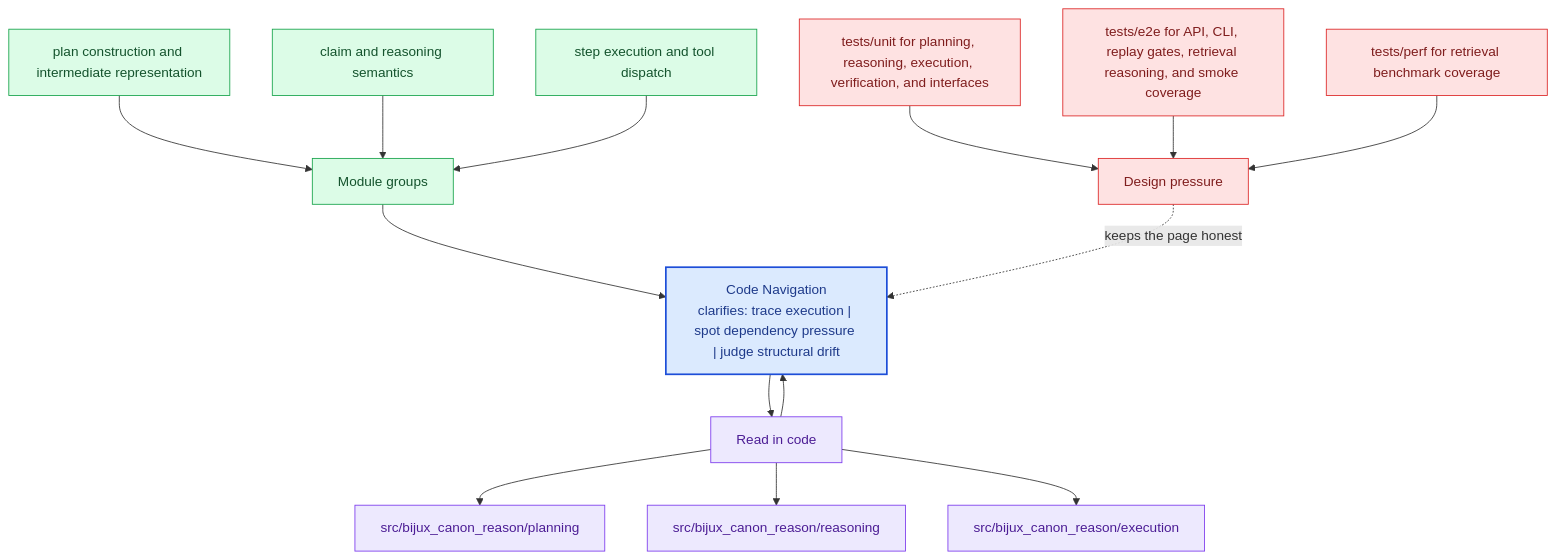
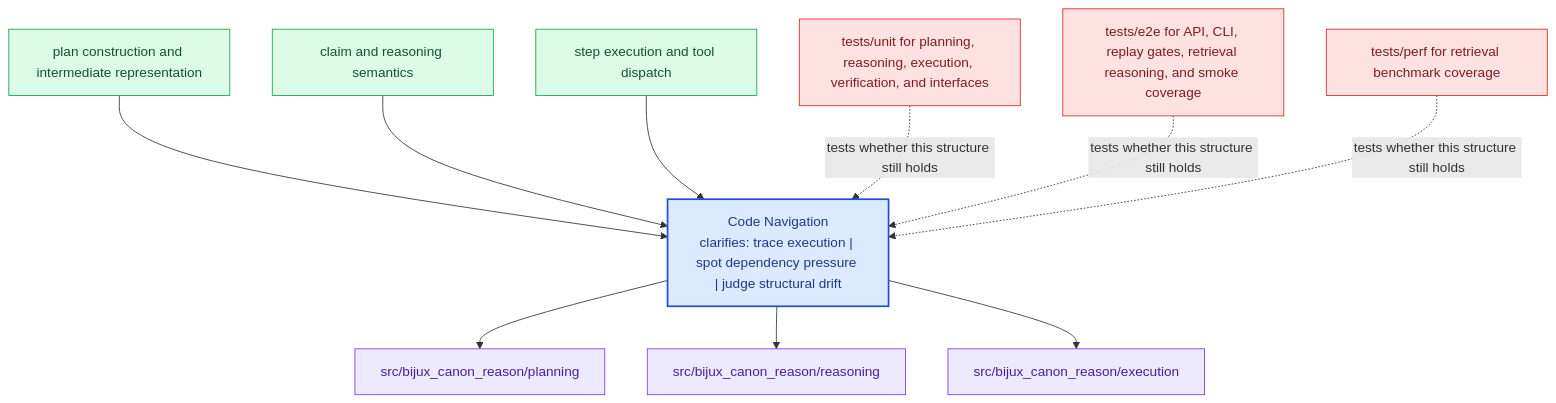
One commit to bijux/bijux-canon changed the diagram in docs/bijux-canon-reason/architecture/code-navigation.md. Above: the diagram before and after it, drawn with Mermaid. The commit also changed other lines of this file and 281 other files, not shown here.

Commit message:
docs(diagrams): replace repeated mermaid scaffolds with page-specific summaries

````diff
--- a/docs/bijux-canon-reason/architecture/code-navigation.md
+++ b/docs/bijux-canon-reason/architecture/code-navigation.md
@@ -66,40 +21,31 @@
 ```mermaid
 flowchart TB
-    promise["Code Navigation<br/>clarifies: trace execution | spot dependency pressure | judge structural drift"]
-    classDef promise fill:#dbeafe,stroke:#1d4ed8,color:#1e3a8a,stroke-width:2px;
-    classDef driver fill:#dcfce7,stroke:#16a34a,color:#14532d;
-    classDef constraint fill:#fee2e2,stroke:#dc2626,color:#7f1d1d;
-    classDef ground fill:#ede9fe,stroke:#7c3aed,color:#4c1d95;
-    focus1["Module groups"]
-    focus1 --> promise
-    focus1_1["plan construction and intermediate representation"]
-    focus1_1 --> focus1
-    focus1_2["claim and reasoning semantics"]
-    focus1_2 --> focus1
-    focus1_3["step execution and tool dispatch"]
-    focus1_3 --> focus1
-    class focus1 driver;
-    class focus1_1,focus1_2,focus1_3 driver;
-    focus2["Read in code"]
-    focus2 --> promise
-    promise --> focus2
-    focus2_1["src/bijux_canon_reason/planning"]
-    focus2 --> focus2_1
-    focus2_2["src/bijux_canon_reason/reasoning"]
-    focus2 --> focus2_2
-    focus2_3["src/bijux_canon_reason/execution"]
-    focus2 --> focus2_3
-    class focus2 ground;
-    class focus2_1,focus2_2,focus2_3 ground;
-    focus3["Design pressure"]
-    focus3 -.keeps the page honest.-> promise
-    focus3_1["tests/unit for planning, reasoning, execution, verification, and interfaces"]
-    focus3_1 --> focus3
-    focus3_2["tests/e2e for API, CLI, replay gates, retrieval reasoning, and smoke coverage"]
-    focus3_2 --> focus3
-    focus3_3["tests/perf for retrieval benchmark coverage"]
-    focus3_3 --> focus3
-    class focus3 constraint;
-    class focus3_1,focus3_2,focus3_3 constraint;
-    class promise promise;
+    page["Code Navigation<br/>clarifies: trace execution | spot dependency pressure | judge structural drift"]
+    classDef page fill:#dbeafe,stroke:#1d4ed8,color:#1e3a8a,stroke-width:2px;
+    classDef positive fill:#dcfce7,stroke:#16a34a,color:#14532d;
+    classDef caution fill:#fee2e2,stroke:#dc2626,color:#7f1d1d;
+    classDef anchor fill:#ede9fe,stroke:#7c3aed,color:#4c1d95;
+    classDef action fill:#fef3c7,stroke:#d97706,color:#7c2d12;
+    module1["plan construction and intermediate representation"]
+    module1 --> page
+    module2["claim and reasoning semantics"]
+    module2 --> page
+    module3["step execution and tool dispatch"]
+    module3 --> page
+    code1["src/bijux_canon_reason/planning"]
+    page --> code1
+    code2["src/bijux_canon_reason/reasoning"]
+    page --> code2
+    code3["src/bijux_canon_reason/execution"]
+    page --> code3
+    pressure1["tests/unit for planning, reasoning, execution, verification, and interfaces"]
+    pressure1 -.tests whether this structure still holds.-> page
+    pressure2["tests/e2e for API, CLI, replay gates, retrieval reasoning, and smoke coverage"]
+    pressure2 -.tests whether this structure still holds.-> page
+    pressure3["tests/perf for retrieval benchmark coverage"]
+    pressure3 -.tests whether this structure still holds.-> page
+    class page page;
+    class module1,module2,module3 positive;
+    class code1,code2,code3 anchor;
+    class pressure1,pressure2,pressure3 caution;
 ```
````
